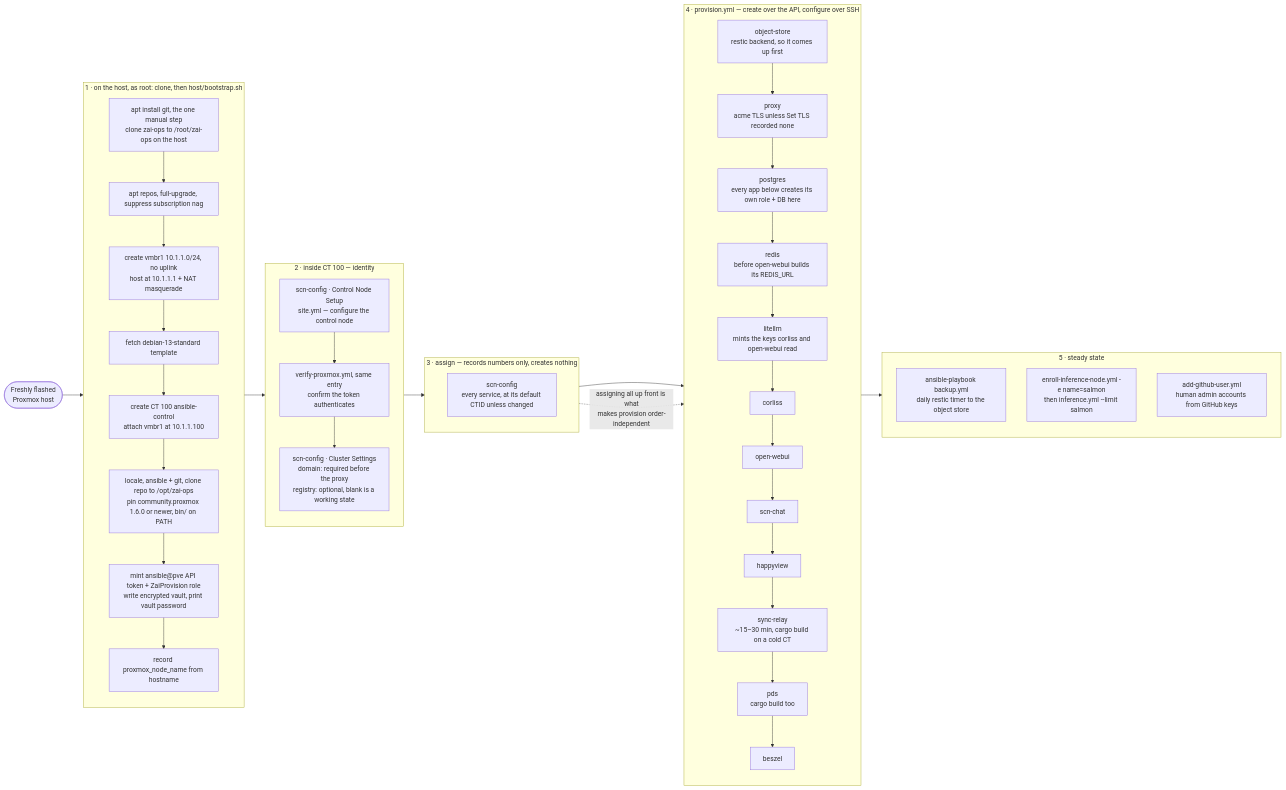
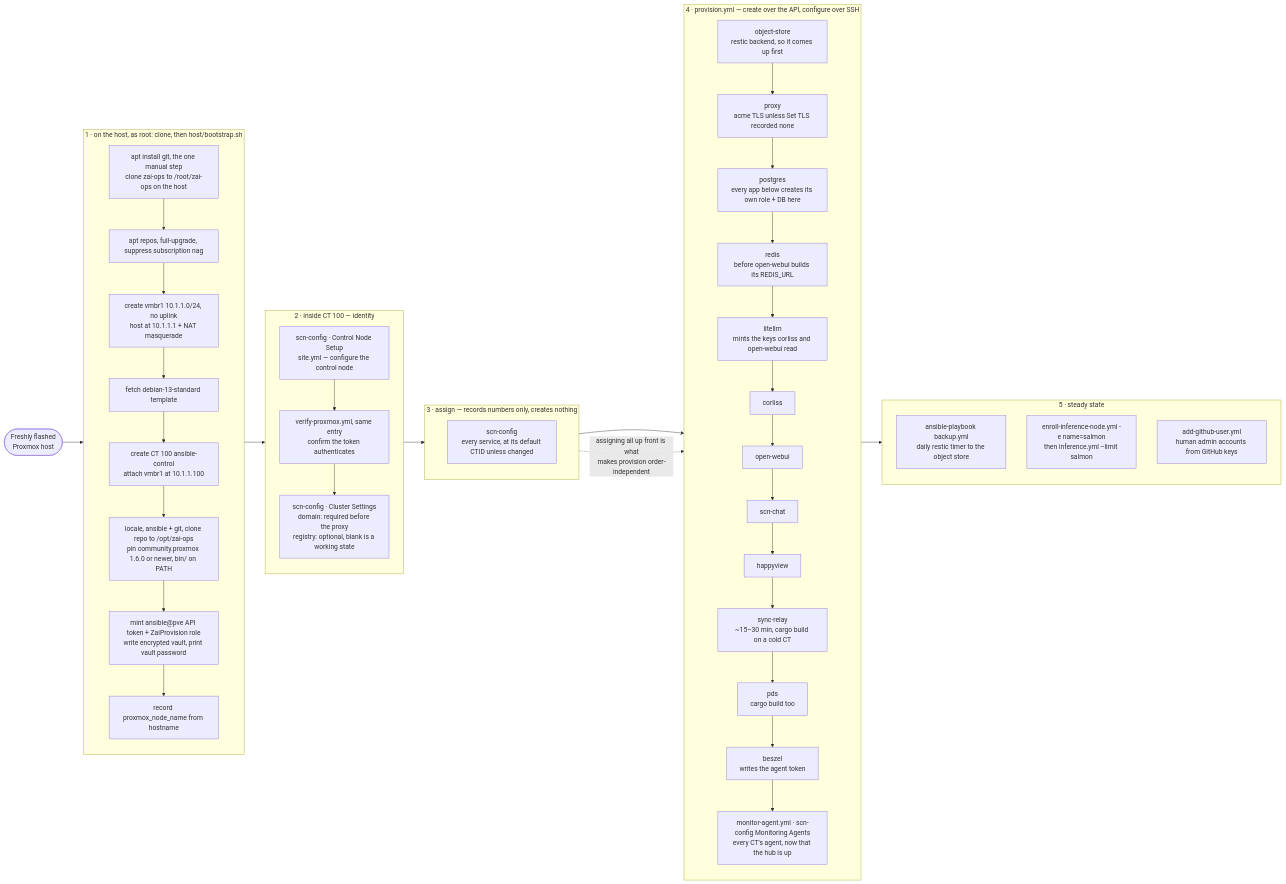
One commit to Z-Space-Society/zai-ops changed the second of 4 diagrams in docs/diagrams.md. Above: the diagram before and after it, drawn with Mermaid. The commit also changed other lines of this file and 19 other files, not shown here.

First line of the commit message:
Add Beszel agents on CT 100 and every service container

````diff
--- a/docs/diagrams.md
+++ b/docs/diagrams.md
@@ -133,59 +134,60 @@
 ```mermaid
 flowchart LR
     start(["Freshly flashed<br/>Proxmox host"])
 
     subgraph phase1["1 · on the host, as root: clone, then host/bootstrap.sh"]
         direction TB
         b0["apt install git, the one manual step<br/>clone zai-ops to /root/zai-ops on the host"]
         b1["apt repos, full-upgrade, suppress subscription nag"]
         b0 --> b1
         b2["create vmbr1 10.1.1.0/24, no uplink<br/>host at 10.1.1.1 + NAT masquerade"]
         b3["fetch debian-13-standard template"]
         b4["create CT 100 ansible-control<br/>attach vmbr1 at 10.1.1.100"]
         b5["locale, ansible + git, clone repo to /opt/zai-ops<br/>pin community.proxmox 1.6.0 or newer, bin/ on PATH"]
         b6["mint ansible@pve API token + ZaiProvision role<br/>write encrypted vault, print vault password"]
         b7["record proxmox_node_name from hostname"]
         b1 --> b2 --> b3 --> b4 --> b5 --> b6 --> b7
     end
 
     subgraph phase2["2 · inside CT 100 — identity"]
         direction TB
         c1["scn-config · Control Node Setup<br/>site.yml — configure the control node"]
         c2["verify-proxmox.yml, same entry<br/>confirm the token authenticates"]
         c3["scn-config · Cluster Settings<br/>domain: required before the proxy<br/>registry: optional, blank is a working state"]
         c1 --> c2 --> c3
     end
 
     subgraph phase3["3 · assign — records numbers only, creates nothing"]
         direction TB
         a1["scn-config<br/>every service, at its default CTID unless changed"]
     end
 
     subgraph phase4["4 · provision.yml — create over the API, configure over SSH"]
         direction TB
         p1["object-store<br/>restic backend, so it comes up first"]
         p2["proxy<br/>acme TLS unless Set TLS recorded none"]
         p3["postgres<br/>every app below creates its own role + DB here"]
         p4["redis<br/>before open-webui builds its REDIS_URL"]
         p5["litellm<br/>mints the keys corliss and open-webui read"]
         p6["corliss"]
         p7["open-webui"]
         p8["scn-chat"]
         p9["happyview"]
         p10["sync-relay<br/>~15–30 min, cargo build on a cold CT"]
         p11["pds<br/>cargo build too"]
-        p12["beszel"]
-        p1 --> p2 --> p3 --> p4 --> p5 --> p6 --> p7 --> p8 --> p9 --> p10 --> p11 --> p12
+        p12["beszel<br/>writes the agent token"]
+        p13["monitor-agent.yml · scn-config Monitoring Agents<br/>every CT's agent, now that the hub is up"]
+        p1 --> p2 --> p3 --> p4 --> p5 --> p6 --> p7 --> p8 --> p9 --> p10 --> p11 --> p12 --> p13
     end
 
     subgraph phase5["5 · steady state"]
         direction TB
         s1["ansible-playbook backup.yml<br/>daily restic timer to the object store"]
         s2["enroll-inference-node.yml -e name=salmon<br/>then inference.yml --limit salmon"]
         s3["add-github-user.yml<br/>human admin accounts from GitHub keys"]
     end
 
     start --> phase1 --> phase2 --> phase3 --> phase4 --> phase5
 
     a1 -.->|"assigning all up front is what<br/>makes provision order-independent"| phase4
 ```
````
